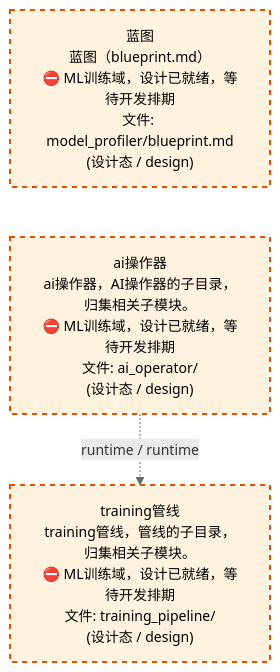
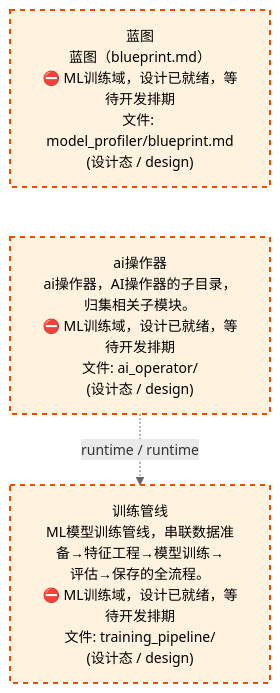
The third of 4 diagrams in docs/02_enterprise_architecture/02_domain_architecture_docs/61_d_ml_train.md (xuanFelixVan/ZephyrAlpha), drawn with Mermaid before and after one commit. The commit also changed other lines of this file and 61 other files, not shown here.

````diff
--- a/docs/02_enterprise_architecture/02_domain_architecture_docs/61_d_ml_train.md
+++ b/docs/02_enterprise_architecture/02_domain_architecture_docs/61_d_ml_train.md
@@ -119,14 +119,14 @@
 ```mermaid
 %%{init: {'theme': 'base', 'themeVariables': {'primaryColor': '#eaeaea', 'primaryTextColor': '#333333', 'primaryBorderColor': '#666666', 'lineColor': '#666666', 'secondaryColor': '#eaeaea', 'tertiaryColor': '#eaeaea', 'fontSize': '14px'}}}%%
 flowchart TD
     docs_03_modules_cross_layer_model_profiler_blueprint_md["蓝图<br/>蓝图（blueprint.md）<br/>⛔ ML训练域，设计已就绪，等待开发排期<br/>文件: model_profiler/blueprint.md<br/>(设计态 / design)"]
     src_zephyr_ml_train_ai_operator["ai操作器<br/>ai操作器，AI操作器的子目录，归集相关子模块。<br/>⛔ ML训练域，设计已就绪，等待开发排期<br/>文件: ai_operator/<br/>(设计态 / design)"]
     docs_03_modules_cross_layer_model_profiler_blueprint_md ~~~ src_zephyr_ml_train_ai_operator
-    src_zephyr_ml_train_training_pipeline["training管线<br/>training管线，管线的子目录，归集相关子模块。<br/>⛔ ML训练域，设计已就绪，等待开发排期<br/>文件: training_pipeline/<br/>(设计态 / design)"]
+    src_zephyr_ml_train_training_pipeline["训练管线<br/>ML模型训练管线，串联数据准备→特征工程→模型训练→<br/>评估→保存的全流程。<br/>⛔ ML训练域，设计已就绪，等待开发排期<br/>文件: training_pipeline/<br/>(设计态 / design)"]
     src_zephyr_ml_train_ai_operator -.->|runtime / runtime| src_zephyr_ml_train_training_pipeline
     classDef production fill:#e1f5fe,stroke:#01579b,stroke-width:2px,color:#000
     classDef design fill:#fff3e0,stroke:#e65100,stroke-width:2px,color:#000,stroke-dasharray: 5 5
     classDef external_prod fill:#e8f4fd,stroke:#0277bd,stroke-width:1px,color:#000
     classDef external_design fill:#fff8e7,stroke:#ef6c00,stroke-width:1px,color:#000,stroke-dasharray: 5 5
     class docs_03_modules_cross_layer_model_profiler_blueprint_md,src_zephyr_ml_train_ai_operator,src_zephyr_ml_train_training_pipeline design
 ```
````
